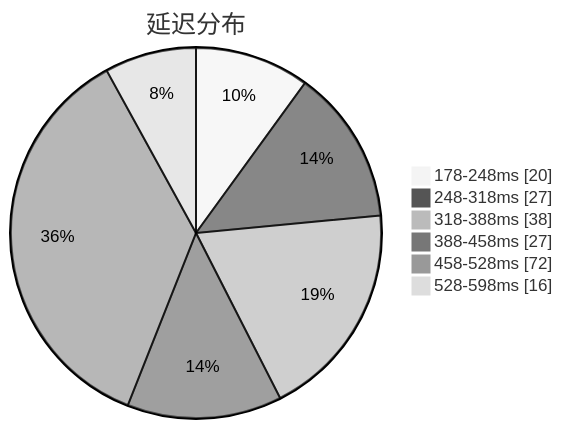
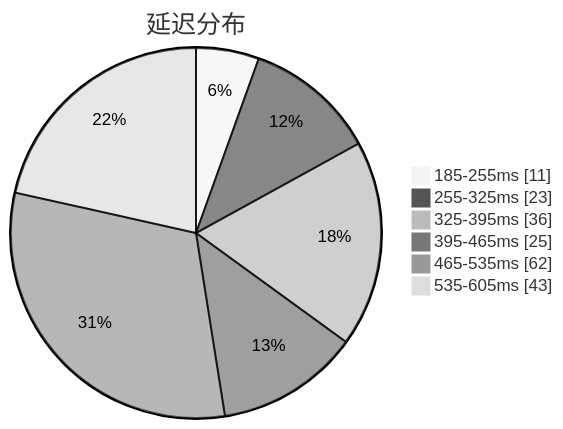
One commit to qjlxg/airport changed the first of 3 diagrams in subs/statistics/tested_within.md. Above: the diagram before and after it, drawn with Mermaid (neutral theme). The commit also changed other lines of this file and 2 other files, not shown here.

````diff
--- a/subs/statistics/tested_within.md
+++ b/subs/statistics/tested_within.md
@@ -2,10 +2,10 @@
 ```mermaid
 pie showData
 title 延迟分布
-"178-248ms" : 20
-"248-318ms" : 27
-"318-388ms" : 38
-"388-458ms" : 27
-"458-528ms" : 72
-"528-598ms" : 16
+"185-255ms" : 11
+"255-325ms" : 23
+"325-395ms" : 36
+"395-465ms" : 25
+"465-535ms" : 62
+"535-605ms" : 43
 ```
````
